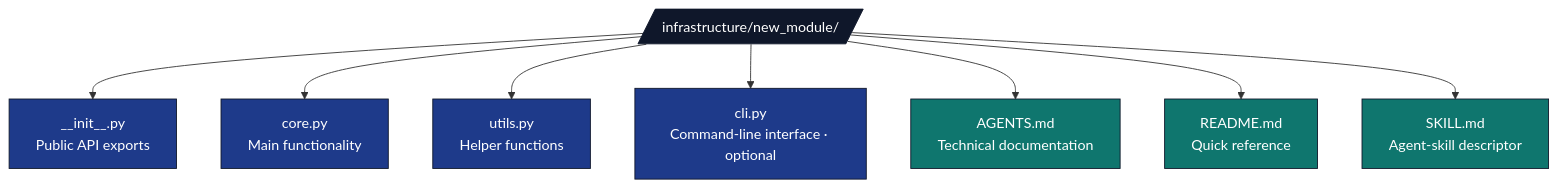
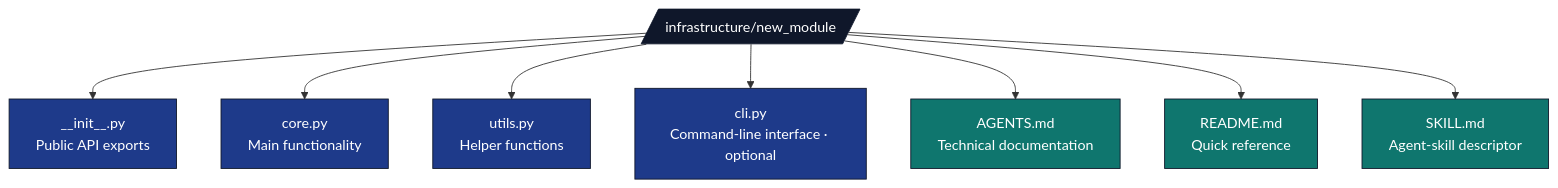
The sixth of 6 diagrams in infrastructure/README.md (docxology/template), drawn with Mermaid before and after one commit. The commit also changed other lines of this file and 164 other files, not shown here.

````diff
--- a/infrastructure/README.md
+++ b/infrastructure/README.md
@@ -364,18 +363,18 @@
 ```mermaid
 flowchart TB
-    NM[/infrastructure/new_module//]
+    NM[/infrastructure/new_module/]
     NM --> INIT[__init__.py<br/>Public API exports]
     NM --> CORE[core.py<br/>Main functionality]
     NM --> UTILS[utils.py<br/>Helper functions]
     NM --> CLI[cli.py<br/>Command-line interface · optional]
     NM --> AG[AGENTS.md<br/>Technical documentation]
     NM --> RD[README.md<br/>Quick reference]
     NM --> SK[SKILL.md<br/>Agent-skill descriptor]
 
     classDef d fill:#0f172a,stroke:#0f172a,color:#fff
     classDef code fill:#1e3a8a,stroke:#0f172a,color:#fff
     classDef doc fill:#0f766e,stroke:#0f172a,color:#fff
     class NM d
     class INIT,CORE,UTILS,CLI code
     class AG,RD,SK doc
 ```
````
